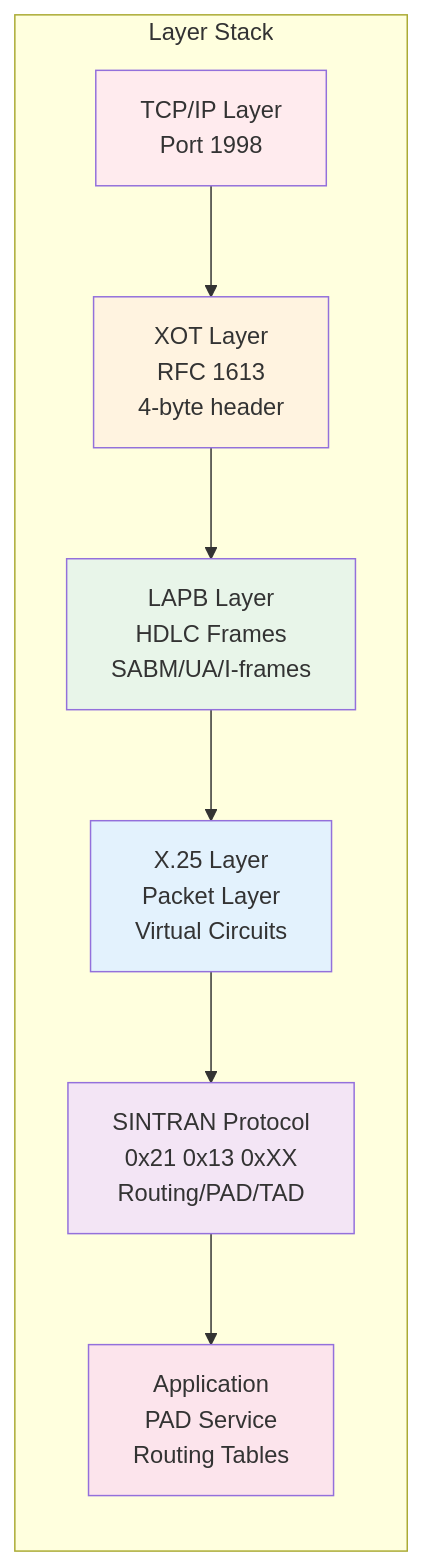
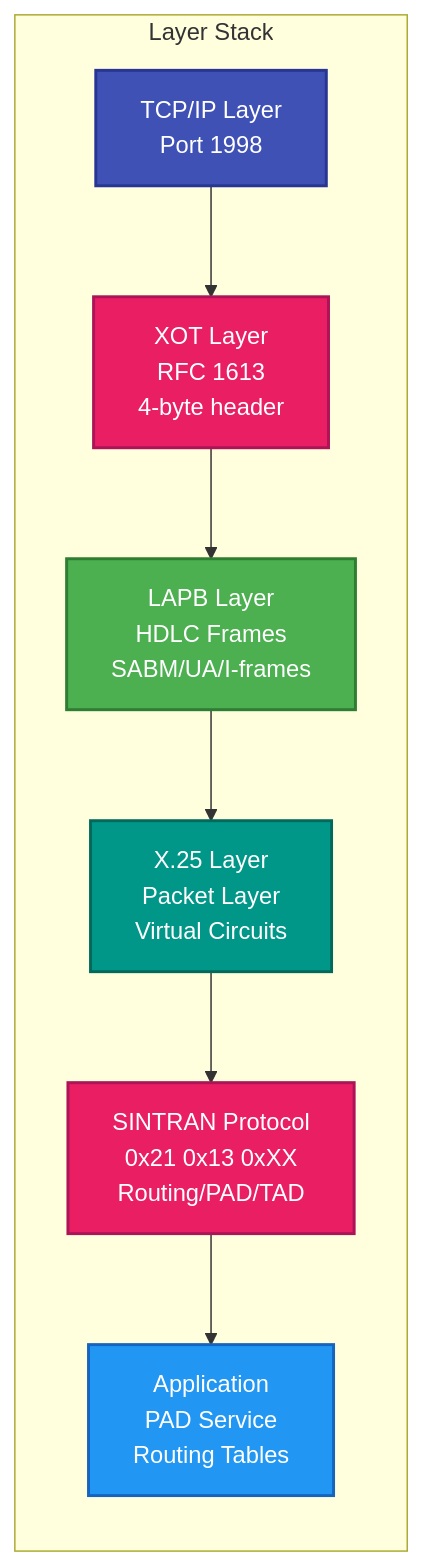
Before and after one commit to RetroCoreLabs/RetroX25: the fifth of 9 diagrams in src/RetroX25.Xot/README.md, drawn with Mermaid. The commit also changed other lines of this file and 10 other files, not shown here.

````diff
--- a/src/RetroX25.Xot/README.md
+++ b/src/RetroX25.Xot/README.md
@@ -217,25 +325,25 @@
 ```mermaid
 graph LR
     subgraph "Layer Stack"
         direction TB
         TCP[TCP/IP Layer<br/>Port 1998]
         XOT[XOT Layer<br/>RFC 1613<br/>4-byte header]
         LAPB[LAPB Layer<br/>HDLC Frames<br/>SABM/UA/I-frames]
         X25[X.25 Layer<br/>Packet Layer<br/>Virtual Circuits]
         SINTRAN[SINTRAN Protocol<br/>0x21 0x13 0xXX<br/>Routing/PAD/TAD]
         APP[Application<br/>PAD Service<br/>Routing Tables]
 
         TCP --> XOT
         XOT --> LAPB
         LAPB --> X25
         X25 --> SINTRAN
         SINTRAN --> APP
     end
 
-    style TCP fill:#ffebee
-    style XOT fill:#fff3e0
-    style LAPB fill:#e8f5e9
-    style X25 fill:#e3f2fd
-    style SINTRAN fill:#f3e5f5
-    style APP fill:#fce4ec
+    style TCP fill:#3F51B5,stroke:#283593,stroke-width:2px,color:#fff
+    style XOT fill:#E91E63,stroke:#AD1457,stroke-width:2px,color:#fff
+    style LAPB fill:#4CAF50,stroke:#2E7D32,stroke-width:2px,color:#fff
+    style X25 fill:#009688,stroke:#00695C,stroke-width:2px,color:#fff
+    style SINTRAN fill:#E91E63,stroke:#AD1457,stroke-width:2px,color:#fff
+    style APP fill:#2196F3,stroke:#1565C0,stroke-width:2px,color:#fff
 ```
````
